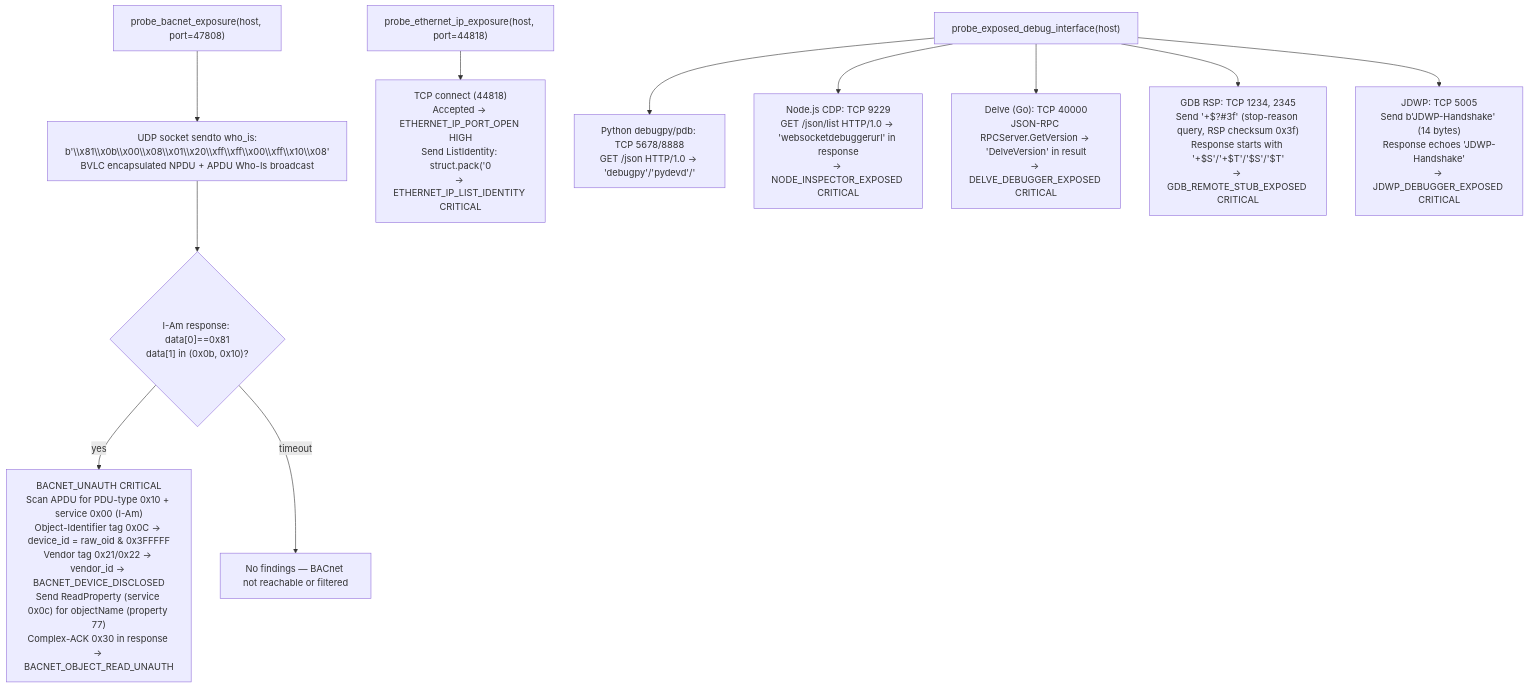
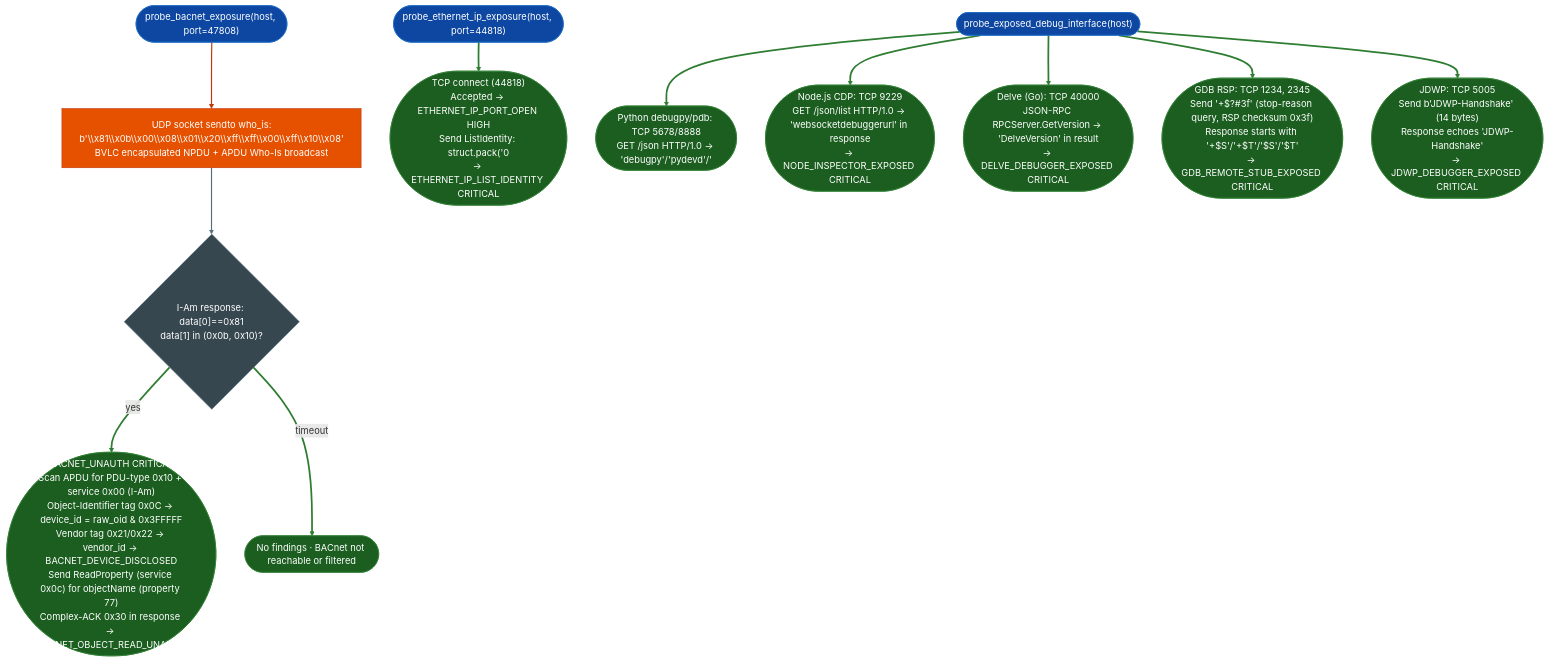
The diagram in docs/reference-modules/additional-industrial-debug-probes.md (Ablation-Tool/ablation), drawn with Mermaid before and after one commit. The commit also changed 320 other files, not shown here.

First line of the commit message:
docs: apply canonical Mermaid template to all 321 diagrams

````diff
--- a/docs/reference-modules/additional-industrial-debug-probes.md
+++ b/docs/reference-modules/additional-industrial-debug-probes.md
@@ -19,13 +19,29 @@
 ```mermaid
 flowchart TD
-    A["probe_bacnet_exposure(host, port=47808)"] --> B["UDP socket sendto who_is:\nb'\\x81\\x0b\\x00\\x08\\x01\\x20\\xff\\xff\\x00\\xff\\x10\\x08'\nBVLC encapsulated NPDU + APDU Who-Is broadcast"]
-    B --> C{"I-Am response: data[0]==0x81\ndata[1] in (0x0b, 0x10)?"}
-    C -->|yes| D["BACNET_UNAUTH CRITICAL\nScan APDU for PDU-type 0x10 + service 0x00 (I-Am)\nObject-Identifier tag 0x0C → device_id = raw_oid & 0x3FFFFF\nVendor tag 0x21/0x22 → vendor_id → BACNET_DEVICE_DISCLOSED\nSend ReadProperty (service 0x0c) for objectName (property 77)\nComplex-ACK 0x30 in response → BACNET_OBJECT_READ_UNAUTH"]
-    C -->|timeout| E["No findings — BACnet not reachable or filtered"]
-    F["probe_ethernet_ip_exposure(host, port=44818)"] --> G["TCP connect (44818)\nAccepted → ETHERNET_IP_PORT_OPEN HIGH\nSend ListIdentity: struct.pack('<HHI', 0x0063, 0, 0) + 16×\\x00\nRecv ≥24 bytes: cmd==0x0065 or cmd==0x0063 with length>0\n→ ETHERNET_IP_LIST_IDENTITY CRITICAL"]
-    H["probe_exposed_debug_interface(host)"] --> I["Python debugpy/pdb: TCP 5678/8888\nGET /json HTTP/1.0 → 'debugpy'/'pydevd'/'<xml' in response\n→ PYTHON_DEBUGGER_EXPOSED CRITICAL"]
-    H --> J["Node.js CDP: TCP 9229\nGET /json/list HTTP/1.0 → 'websocketdebuggerurl' in response\n→ NODE_INSPECTOR_EXPOSED CRITICAL"]
-    H --> K["Delve (Go): TCP 40000\nJSON-RPC RPCServer.GetVersion → 'DelveVersion' in result\n→ DELVE_DEBUGGER_EXPOSED CRITICAL"]
-    H --> L["GDB RSP: TCP 1234, 2345\nSend '+$?#3f' (stop-reason query, RSP checksum 0x3f)\nResponse starts with '+$S'/'+$T'/'$S'/'$T'\n→ GDB_REMOTE_STUB_EXPOSED CRITICAL"]
-    H --> M["JDWP: TCP 5005\nSend b'JDWP-Handshake' (14 bytes)\nResponse echoes 'JDWP-Handshake'\n→ JDWP_DEBUGGER_EXPOSED CRITICAL"]
+    A(["probe_bacnet_exposure(host, port=47808)"]):::input --> B["UDP socket sendto who_is:\nb'\\x81\\x0b\\x00\\x08\\x01\\x20\\xff\\xff\\x00\\xff\\x10\\x08'\nBVLC encapsulated NPDU + APDU Who-Is broadcast"]:::primary
+    B:::primary --> C{"I-Am response: data[0]==0x81\ndata[1] in (0x0b, 0x10)?"}:::neutral
+    C:::neutral -->|yes| D(["BACNET_UNAUTH CRITICAL\nScan APDU for PDU-type 0x10 + service 0x00 (I-Am)\nObject-Identifier tag 0x0C → device_id = raw_oid & 0x3FFFFF\nVendor tag 0x21/0x22 → vendor_id → BACNET_DEVICE_DISCLOSED\nSend ReadProperty (service 0x0c) for objectName (property 77)\nComplex-ACK 0x30 in response → BACNET_OBJECT_READ_UNAUTH"]):::output
+    C:::neutral -->|timeout| E(["No findings · BACnet not reachable or filtered"]):::output
+    F(["probe_ethernet_ip_exposure(host, port=44818)"]):::input --> G(["TCP connect (44818)\nAccepted → ETHERNET_IP_PORT_OPEN HIGH\nSend ListIdentity: struct.pack('<HHI', 0x0063, 0, 0) + 16×\\x00\nRecv ≥24 bytes: cmd==0x0065 or cmd==0x0063 with length>0\n→ ETHERNET_IP_LIST_IDENTITY CRITICAL"]):::output
+    H(["probe_exposed_debug_interface(host)"]):::input --> I(["Python debugpy/pdb: TCP 5678/8888\nGET /json HTTP/1.0 → 'debugpy'/'pydevd'/'<xml' in response\n→ PYTHON_DEBUGGER_EXPOSED CRITICAL"]):::output
+    H:::input --> J(["Node.js CDP: TCP 9229\nGET /json/list HTTP/1.0 → 'websocketdebuggerurl' in response\n→ NODE_INSPECTOR_EXPOSED CRITICAL"]):::output
+    H:::input --> K(["Delve (Go): TCP 40000\nJSON-RPC RPCServer.GetVersion → 'DelveVersion' in result\n→ DELVE_DEBUGGER_EXPOSED CRITICAL"]):::output
+    H:::input --> L(["GDB RSP: TCP 1234, 2345\nSend '+$?#3f' (stop-reason query, RSP checksum 0x3f)\nResponse starts with '+$S'/'+$T'/'$S'/'$T'\n→ GDB_REMOTE_STUB_EXPOSED CRITICAL"]):::output
+    H:::input --> M(["JDWP: TCP 5005\nSend b'JDWP-Handshake' (14 bytes)\nResponse echoes 'JDWP-Handshake'\n→ JDWP_DEBUGGER_EXPOSED CRITICAL"]):::output
+    classDef input     fill:#0d47a1,stroke:#1565c0,color:#fff
+    classDef primary   fill:#e65100,stroke:#bf360c,color:#fff
+    classDef secondary fill:#004d40,stroke:#00695c,color:#fff
+    classDef tertiary  fill:#4a148c,stroke:#6a1b9a,color:#fff
+    classDef neutral   fill:#37474f,stroke:#546e7a,color:#fff
+    classDef output    fill:#1b5e20,stroke:#2e7d32,color:#fff
+    linkStyle 0 stroke:#bf360c,stroke-width:2px
+    linkStyle 1 stroke:#546e7a,stroke-width:2px
+    linkStyle 2 stroke:#2e7d32,stroke-width:3px
+    linkStyle 3 stroke:#2e7d32,stroke-width:3px
+    linkStyle 4 stroke:#2e7d32,stroke-width:3px
+    linkStyle 5 stroke:#2e7d32,stroke-width:3px
+    linkStyle 6 stroke:#2e7d32,stroke-width:3px
+    linkStyle 7 stroke:#2e7d32,stroke-width:3px
+    linkStyle 8 stroke:#2e7d32,stroke-width:3px
+    linkStyle 9 stroke:#2e7d32,stroke-width:3px
 ```
````
